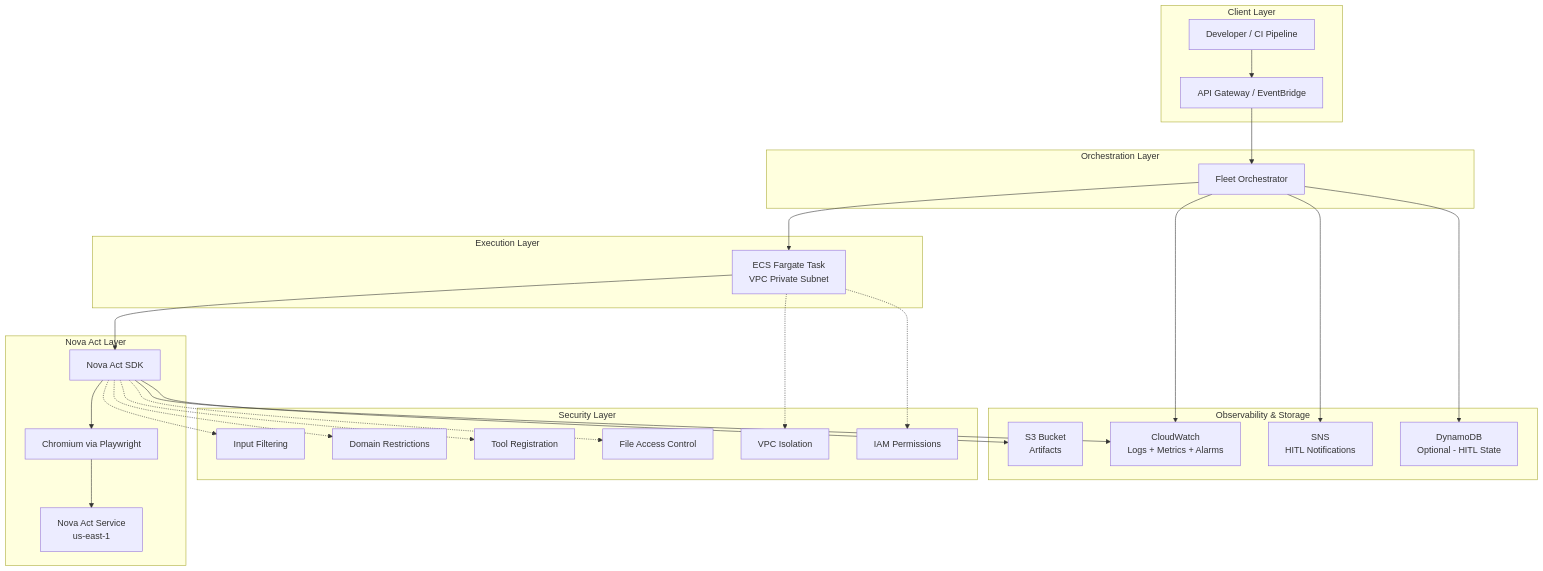
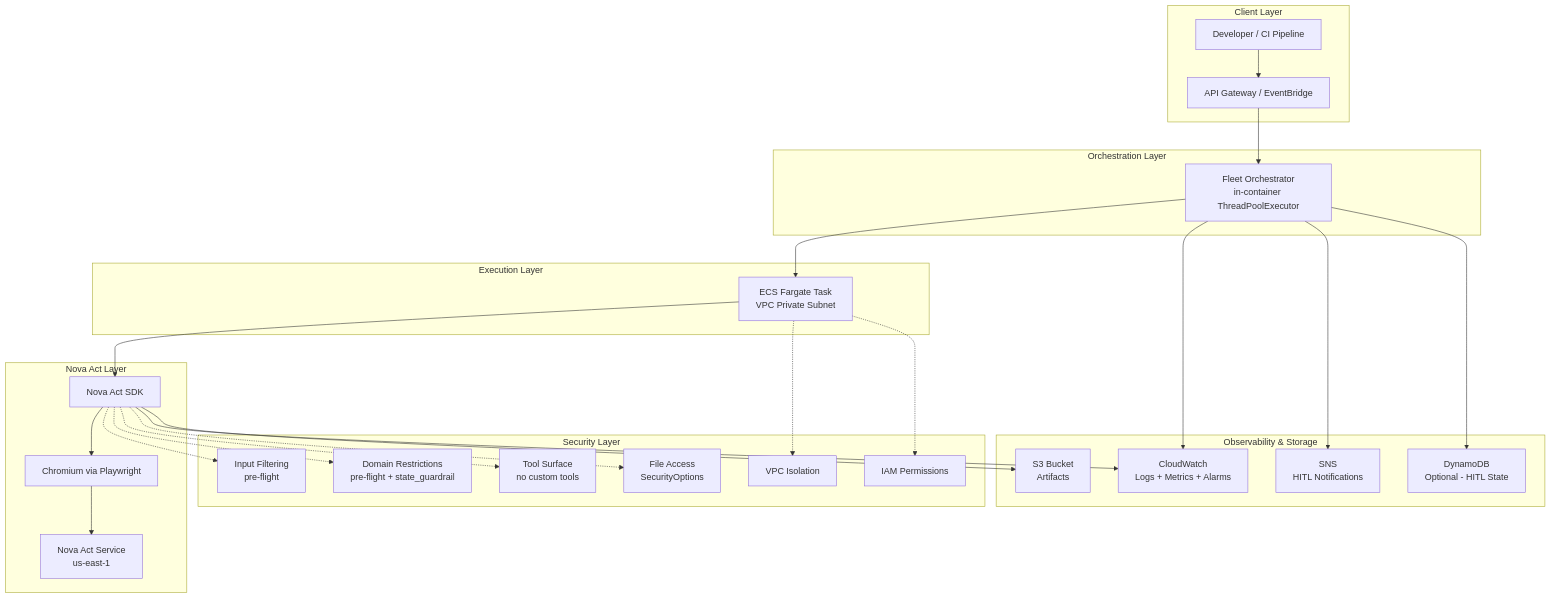
One commit to aws-samples/sample-nova-act-fleet-ecs-fargate changed the first of 4 diagrams in docs/architecture.md. Above: the diagram before and after it, drawn with Mermaid. The commit also changed other lines of this file and 24 other files, not shown here.

````diff
--- a/docs/architecture.md
+++ b/docs/architecture.md
@@ -16,55 +16,55 @@
 ```mermaid
 graph TB
     subgraph "Client Layer"
         DEV[Developer / CI Pipeline]
         API[API Gateway / EventBridge]
     end
 
     subgraph "Orchestration Layer"
-        FO[Fleet Orchestrator]
+        FO[Fleet Orchestrator<br/>in-container ThreadPoolExecutor]
     end
 
     subgraph "Execution Layer"
         ECS[ECS Fargate Task<br/>VPC Private Subnet]
     end
 
     subgraph "Nova Act Layer"
         SDK[Nova Act SDK]
         BT[Chromium via Playwright]
         NAS[Nova Act Service<br/>us-east-1]
     end
 
     subgraph "Security Layer"
-        IF[Input Filtering]
-        DR[Domain Restrictions]
-        TR[Tool Registration]
-        FAC[File Access Control]
+        IF[Input Filtering<br/>pre-flight]
+        DR[Domain Restrictions<br/>pre-flight + state_guardrail]
+        TR[Tool Surface<br/>no custom tools]
+        FAC[File Access<br/>SecurityOptions]
         VPC[VPC Isolation]
         IAM[IAM Permissions]
     end
 
     subgraph "Observability & Storage"
         CW[CloudWatch<br/>Logs + Metrics + Alarms]
         S3[S3 Bucket<br/>Artifacts]
         DDB[DynamoDB<br/>Optional - HITL State]
         SNS[SNS<br/>HITL Notifications]
     end
 
     DEV --> API
     API --> FO
     FO --> ECS
     ECS --> SDK
     SDK --> BT
     BT --> NAS
     SDK -.-> IF
     SDK -.-> DR
     SDK -.-> TR
     SDK -.-> FAC
     ECS -.-> VPC
     ECS -.-> IAM
     FO --> CW
     SDK --> CW
     SDK --> S3
     FO --> SNS
     FO --> DDB
 ```
````
